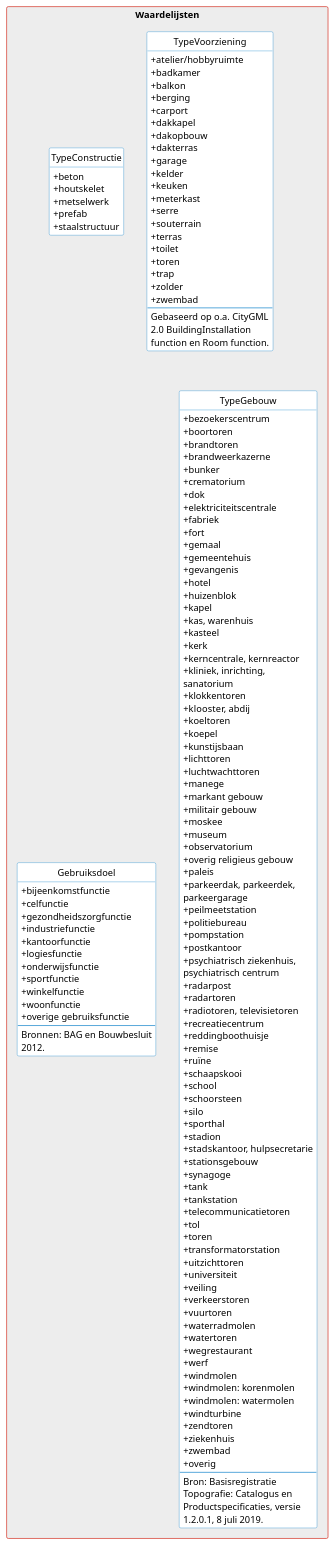
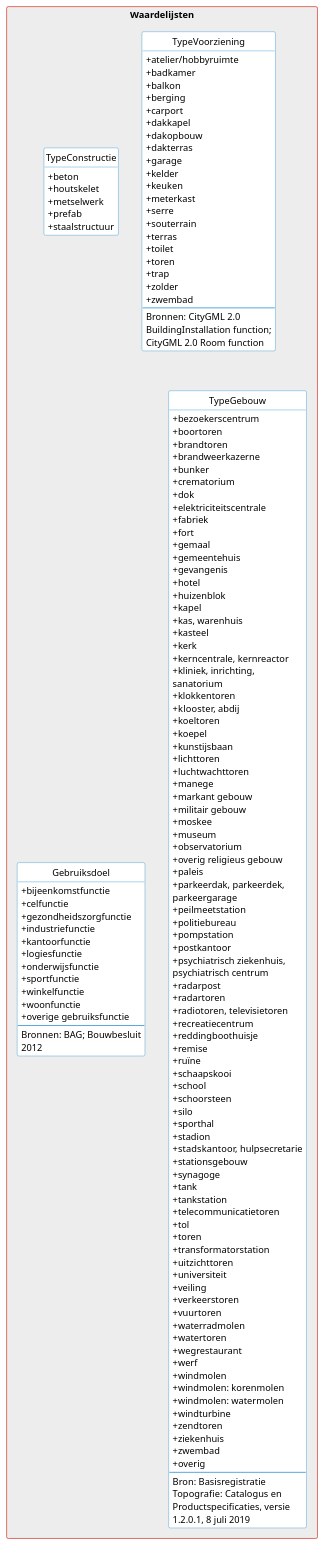
The diagram in model/waardelijsten.puml (geobasisregistraties/werkgroep-bouwwerken), drawn with PlantUML before and after one commit.

```diff
--- a/model/waardelijsten.puml
+++ b/model/waardelijsten.puml
@@ -100,7 +100,7 @@
         + zolder
         + zwembad
         --
-        Gebaseerd op o.a. CityGML 2.0 BuildingInstallation function en Room function.
+        Bronnen: CityGML 2.0 BuildingInstallation function; CityGML 2.0 Room function
     }
 
 '     class TypeMetagegeven << Referentielijst >> {
@@ -123,7 +123,7 @@
         + woonfunctie
         + overige gebruiksfunctie
         --
-        Bronnen: BAG en Bouwbesluit 2012.
+        Bronnen: BAG; Bouwbesluit 2012
     }
 
     class TypeGebouw << Referentielijst >> {
@@ -150,7 +150,7 @@
 '         windturbine
 '         zonnescherm
 '         --
-'         Bron: INSPIRE BuildingNatureValue.
+'         Bron: INSPIRE BuildingNatureValue
 '
         + bezoekerscentrum
         + boortoren
@@ -234,7 +234,7 @@
         + zwembad
         + overig
         --
-        Bron: Basisregistratie Topografie: Catalogus en Productspecificaties, versie 1.2.0.1, 8 juli 2019.
+        Bron: Basisregistratie Topografie: Catalogus en Productspecificaties, versie 1.2.0.1, 8 juli 2019
     }
 }
 @enduml
```
